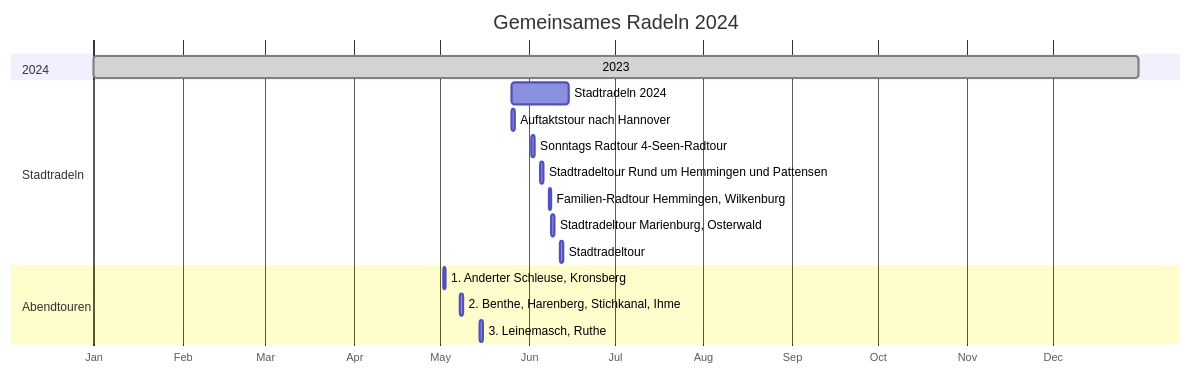
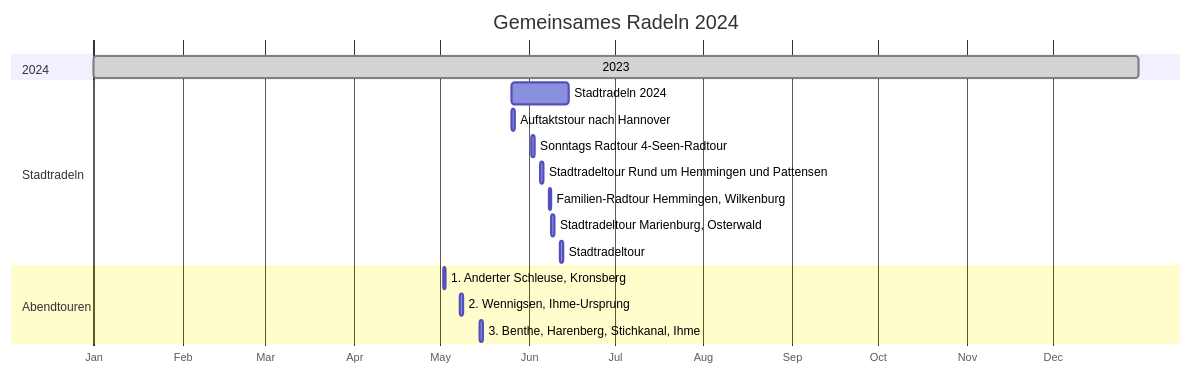
One commit to adfc-hemmingen-pattensen/pelican-md-soures changed the diagram in Touren/Fahrradtouren2024.md. Above: the diagram before and after it, drawn with Mermaid.

````diff
--- a/Touren/Fahrradtouren2024.md
+++ b/Touren/Fahrradtouren2024.md
@@ -10,26 +10,26 @@
 ``` mermaid
 gantt
 dateFormat  YYYY-MM-DD
 title Gemeinsames Radeln 2024
 axisFormat  %b
 todayMarker stroke-width:0px
 
 section 2024
 2023: done, 2024-01-01, 2024-12-31
 
 section Stadtradeln  
 Stadtradeln 2024:          action, 2024-05-26, 2024-06-15
 Auftaktstour nach Hannover:   2024-05-26, 1d
 Sonntags Radtour 4-Seen-Radtour:   2024-06-02, 1d
 Stadtradeltour Rund um Hemmingen und Pattensen:     2024-06-05, 1d
 Familien-Radtour Hemmingen, Wilkenburg:    2024-06-08, 1d
 Stadtradeltour Marienburg, Osterwald:    2024-06-09, 1d
 Stadtradeltour:     2024-06-12, 1d
 
 section Abendtouren
 1. Anderter Schleuse, Kronsberg:      2024-05-02, 1d
-2. Benthe, Harenberg, Stichkanal, Ihme: 2024-05-08, 1d
-3. Leinemasch, Ruthe: 2024-05-15, 1d
+2. Wennigsen, Ihme-Ursprung: 2024-05-08, 1d
+3. Benthe, Harenberg, Stichkanal, Ihme: 2024-05-15, 1d
 
 
 ```
````
